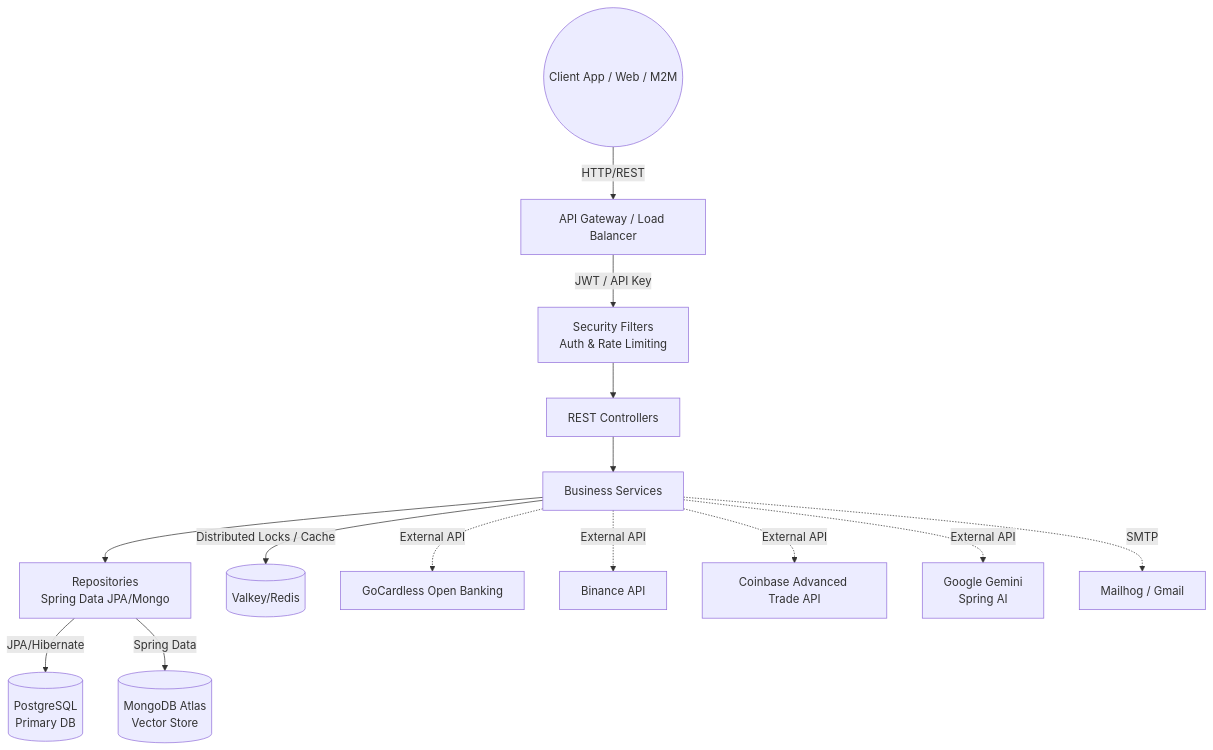
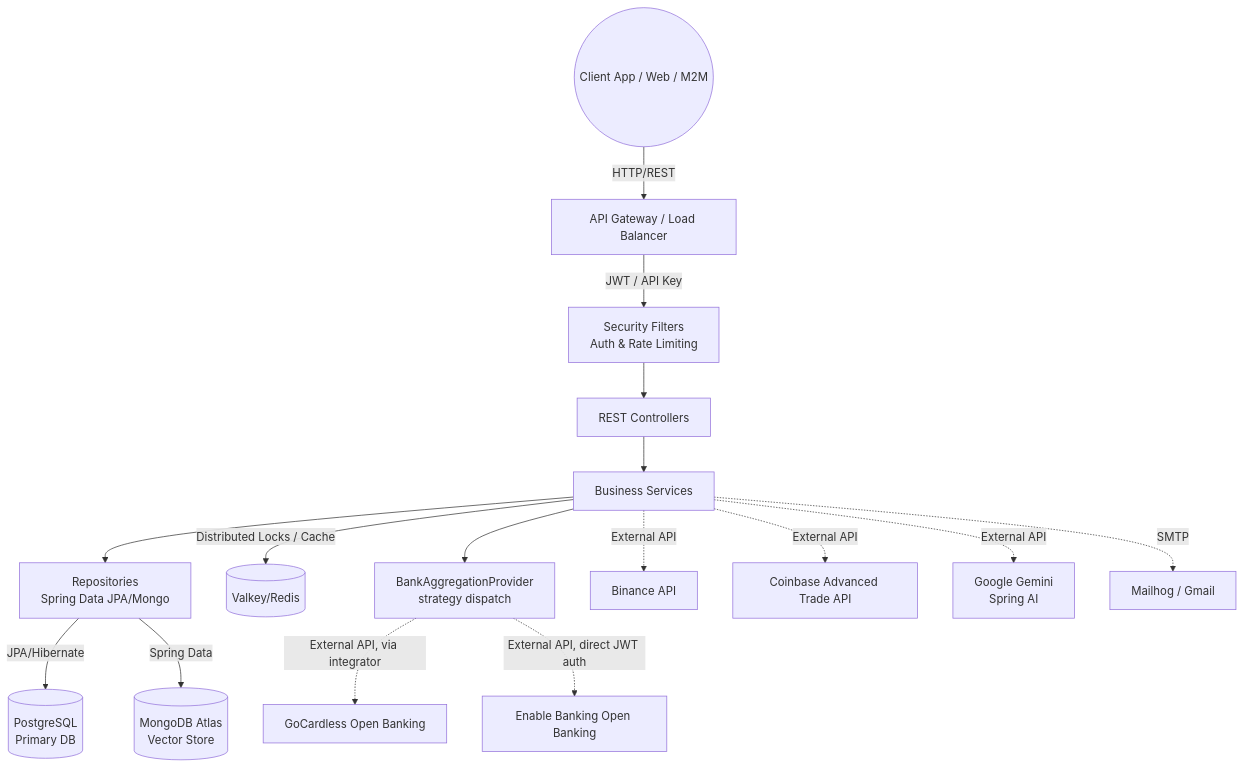
One commit to nico-iaco/nexabudget-be changed the diagram in docs/ARCHITECTURE.md. Above: the diagram before and after it, drawn with Mermaid. The commit also changed other lines of this file and 12 other files, not shown here.

First line of the commit message:
feat: Integrate Enable Banking as an optional provider

````diff
--- a/docs/ARCHITECTURE.md
+++ b/docs/ARCHITECTURE.md
@@ -42,21 +42,23 @@
 ```mermaid
 graph TD
     Client((Client App / Web / M2M)) --> |HTTP/REST| API[API Gateway / Load Balancer]
     API --> |JWT / API Key| SecFilter[Security Filters\nAuth & Rate Limiting]
     SecFilter --> Controllers[REST Controllers]
     
     Controllers --> Services[Business Services]
     
     Services --> Repositories[Repositories\nSpring Data JPA/Mongo]
     
     Repositories --> |JPA/Hibernate| PG[(PostgreSQL\nPrimary DB)]
     Repositories --> |Spring Data| Mongo[(MongoDB Atlas\nVector Store)]
     
     Services --> |Distributed Locks / Cache| Redis[(Valkey/Redis)]
     
-    Services -.-> |External API| GC[GoCardless Open Banking]
+    Services --> BankStrategy[BankAggregationProvider\nstrategy dispatch]
+    BankStrategy -.-> |External API, via integrator| GC[GoCardless Open Banking]
+    BankStrategy -.-> |External API, direct JWT auth| EB[Enable Banking Open Banking]
     Services -.-> |External API| Binance[Binance API]
    Services -.-> |External API| Coinbase[Coinbase Advanced Trade API]
     Services -.-> |External API| Gemini[Google Gemini\nSpring AI]
     Services -.-> |SMTP| Mail[Mailhog / Gmail]
 ```
````
